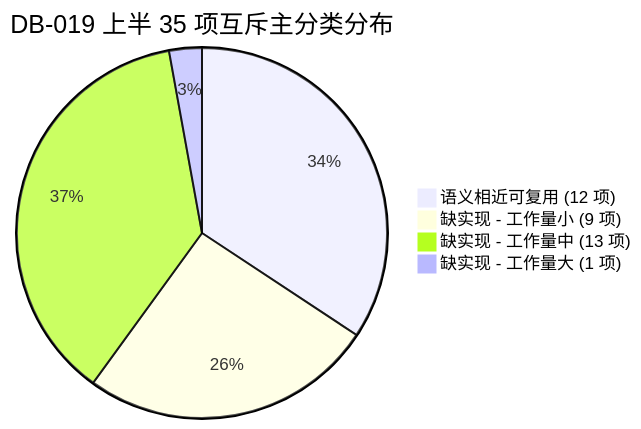
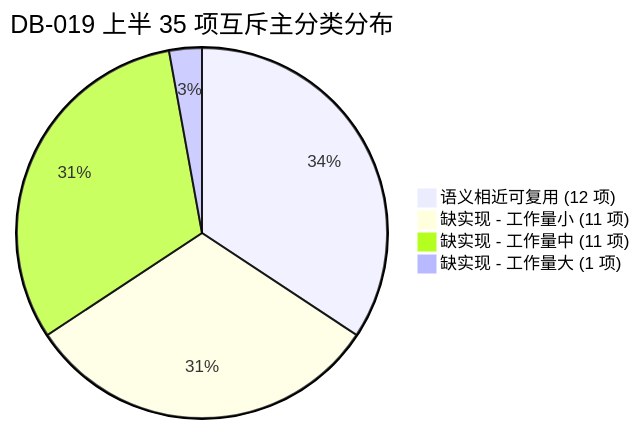
The diagram in docs/pm/reports/DB-019-report-GG.md (smudy-linsang/DB-AIOps), drawn with Mermaid before and after one commit. The commit also changed other lines of this file and 3 other files, not shown here.

````diff
--- a/docs/pm/reports/DB-019-report-GG.md
+++ b/docs/pm/reports/DB-019-report-GG.md
@@ -74,7 +74,7 @@
 ```mermaid
 pie title DB-019 上半 35 项互斥主分类分布
     "语义相近可复用 (12 项)" : 12
-    "缺实现 - 工作量小 (9 项)" : 9
-    "缺实现 - 工作量中 (13 项)" : 13
+    "缺实现 - 工作量小 (11 项)" : 11
+    "缺实现 - 工作量中 (11 项)" : 11
     "缺实现 - 工作量大 (1 项)" : 1
 ```
````
